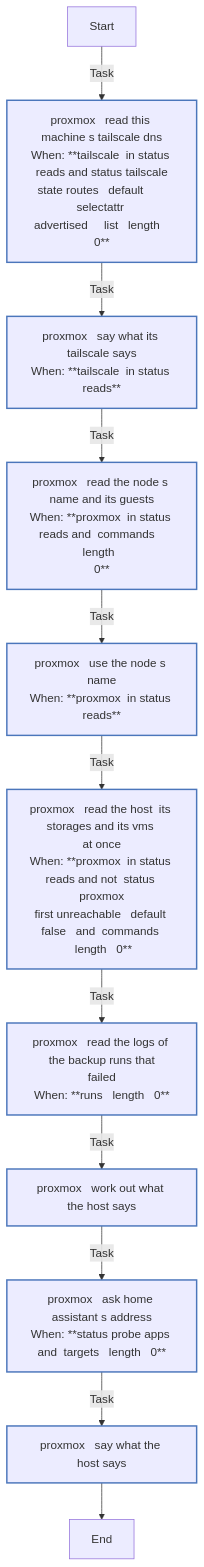
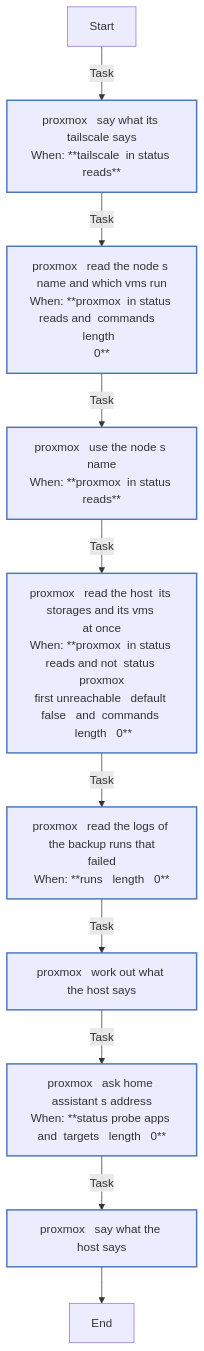
One commit to kawadeomkar/homeserver changed the third of 4 diagrams in roles/status/REFERENCE.md. Above: the diagram before and after it, drawn with Mermaid. The commit also changed other lines of this file and 19 other files, not shown here.

First line of the commit message:
perf(status): read the Proxmox host with fewer round trips

````diff
--- a/roles/status/REFERENCE.md
+++ b/roles/status/REFERENCE.md
@@ -722,23 +743,22 @@
 ```mermaid
 flowchart TD
 Start
 classDef block stroke:#3498db,stroke-width:2px;
 classDef task stroke:#4b76bb,stroke-width:2px;
 classDef includeTasks stroke:#16a085,stroke-width:2px;
 classDef importTasks stroke:#34495e,stroke-width:2px;
 classDef includeRole stroke:#2980b9,stroke-width:2px;
 classDef importRole stroke:#699ba7,stroke-width:2px;
 classDef includeVars stroke:#8e44ad,stroke-width:2px;
 classDef rescue stroke:#665352,stroke-width:2px;
 
-  Start-->|Task| proxmox___Read_this_machine_s_Tailscale_DNS0[proxmox   read this machine s tailscale dns<br>When: **tailscale  in status reads and status tailscale<br>state routes   default       selectattr <br>advertised     list   length   0**]:::task
-  proxmox___Read_this_machine_s_Tailscale_DNS0-->|Task| proxmox___Say_what_its_Tailscale_says1[proxmox   say what its tailscale says<br>When: **tailscale  in status reads**]:::task
-  proxmox___Say_what_its_Tailscale_says1-->|Task| proxmox___Read_the_node_s_name_and_its_guests2[proxmox   read the node s name and its guests<br>When: **proxmox  in status reads and  commands   length  <br>0**]:::task
-  proxmox___Read_the_node_s_name_and_its_guests2-->|Task| proxmox___Use_the_node_s_name3[proxmox   use the node s name<br>When: **proxmox  in status reads**]:::task
-  proxmox___Use_the_node_s_name3-->|Task| proxmox___Read_the_host__its_storages_and_its_VMs__at_once4[proxmox   read the host  its storages and its vms <br>at once<br>When: **proxmox  in status reads and not  status proxmox<br>first unreachable   default false   and  commands <br> length   0**]:::task
-  proxmox___Read_the_host__its_storages_and_its_VMs__at_once4-->|Task| proxmox___Read_the_logs_of_the_backup_runs_that_failed5[proxmox   read the logs of the backup runs that<br>failed<br>When: **runs   length   0**]:::task
-  proxmox___Read_the_logs_of_the_backup_runs_that_failed5-->|Task| proxmox___Work_out_what_the_host_says6[proxmox   work out what the host says]:::task
-  proxmox___Work_out_what_the_host_says6-->|Task| proxmox___Ask_Home_Assistant_s_address7[proxmox   ask home assistant s address<br>When: **status probe apps and  targets   length   0**]:::task
-  proxmox___Ask_Home_Assistant_s_address7-->|Task| proxmox___Say_what_the_host_says8[proxmox   say what the host says]:::task
-  proxmox___Say_what_the_host_says8-->End
+  Start-->|Task| proxmox___Say_what_its_Tailscale_says0[proxmox   say what its tailscale says<br>When: **tailscale  in status reads**]:::task
+  proxmox___Say_what_its_Tailscale_says0-->|Task| proxmox___Read_the_node_s_name_and_which_VMs_run1[proxmox   read the node s name and which vms run<br>When: **proxmox  in status reads and  commands   length  <br>0**]:::task
+  proxmox___Read_the_node_s_name_and_which_VMs_run1-->|Task| proxmox___Use_the_node_s_name2[proxmox   use the node s name<br>When: **proxmox  in status reads**]:::task
+  proxmox___Use_the_node_s_name2-->|Task| proxmox___Read_the_host__its_storages_and_its_VMs__at_once3[proxmox   read the host  its storages and its vms <br>at once<br>When: **proxmox  in status reads and not  status proxmox<br>first unreachable   default false   and  commands <br> length   0**]:::task
+  proxmox___Read_the_host__its_storages_and_its_VMs__at_once3-->|Task| proxmox___Read_the_logs_of_the_backup_runs_that_failed4[proxmox   read the logs of the backup runs that<br>failed<br>When: **runs   length   0**]:::task
+  proxmox___Read_the_logs_of_the_backup_runs_that_failed4-->|Task| proxmox___Work_out_what_the_host_says5[proxmox   work out what the host says]:::task
+  proxmox___Work_out_what_the_host_says5-->|Task| proxmox___Ask_Home_Assistant_s_address6[proxmox   ask home assistant s address<br>When: **status probe apps and  targets   length   0**]:::task
+  proxmox___Ask_Home_Assistant_s_address6-->|Task| proxmox___Say_what_the_host_says7[proxmox   say what the host says]:::task
+  proxmox___Say_what_the_host_says7-->End
 ```
````
